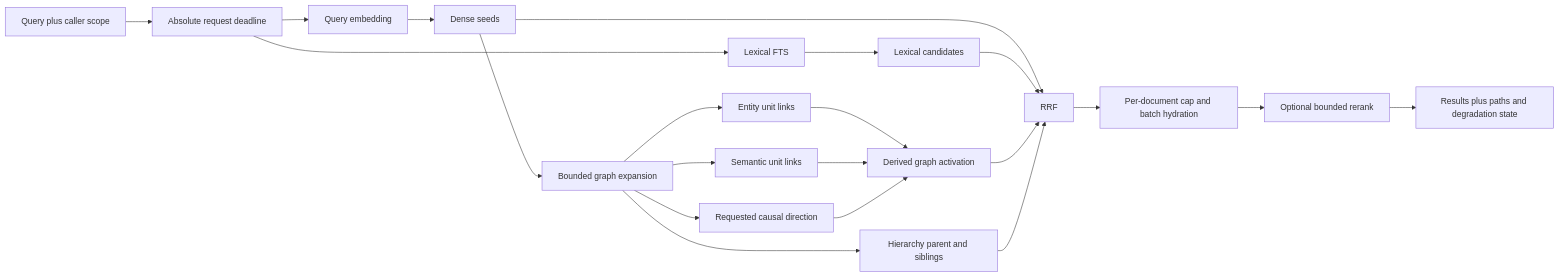
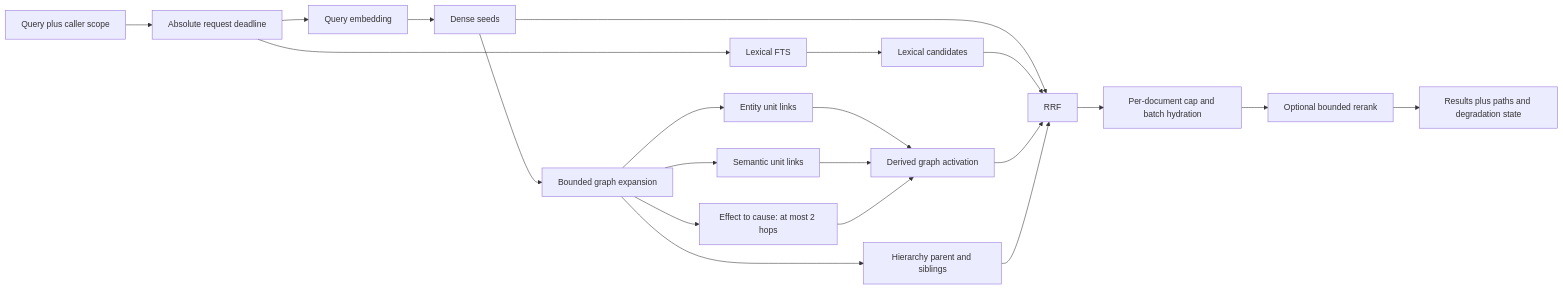
One commit to rocke2020/hindsight changed the diagram in learning/design_points/memos-hindsight-postgresql-graph-design.md. Above: the diagram before and after it, drawn with Mermaid. The commit also changed other lines of this file, not shown here.

````diff
--- a/learning/design_points/memos-hindsight-postgresql-graph-design.md
+++ b/learning/design_points/memos-hindsight-postgresql-graph-design.md
@@ -161,23 +162,23 @@
 ```mermaid
 flowchart LR
     Q[Query plus caller scope] --> D[Absolute request deadline]
     D --> E[Query embedding]
     D --> L[Lexical FTS]
     E --> S[Dense seeds]
     L --> F[Lexical candidates]
     S --> G[Bounded graph expansion]
     G --> U[Entity unit links]
     G --> P[Hierarchy parent and siblings]
     G --> M[Semantic unit links]
-    G --> C[Requested causal direction]
+    G --> C[Effect to cause: at most 2 hops]
     U --> GA[Derived graph activation]
     M --> GA
     C --> GA
     S --> X[RRF]
     F --> X
     GA --> X
     P --> X
     X --> H[Per-document cap and batch hydration]
     H --> RR[Optional bounded rerank]
     RR --> O[Results plus paths and degradation state]
 ```
````
